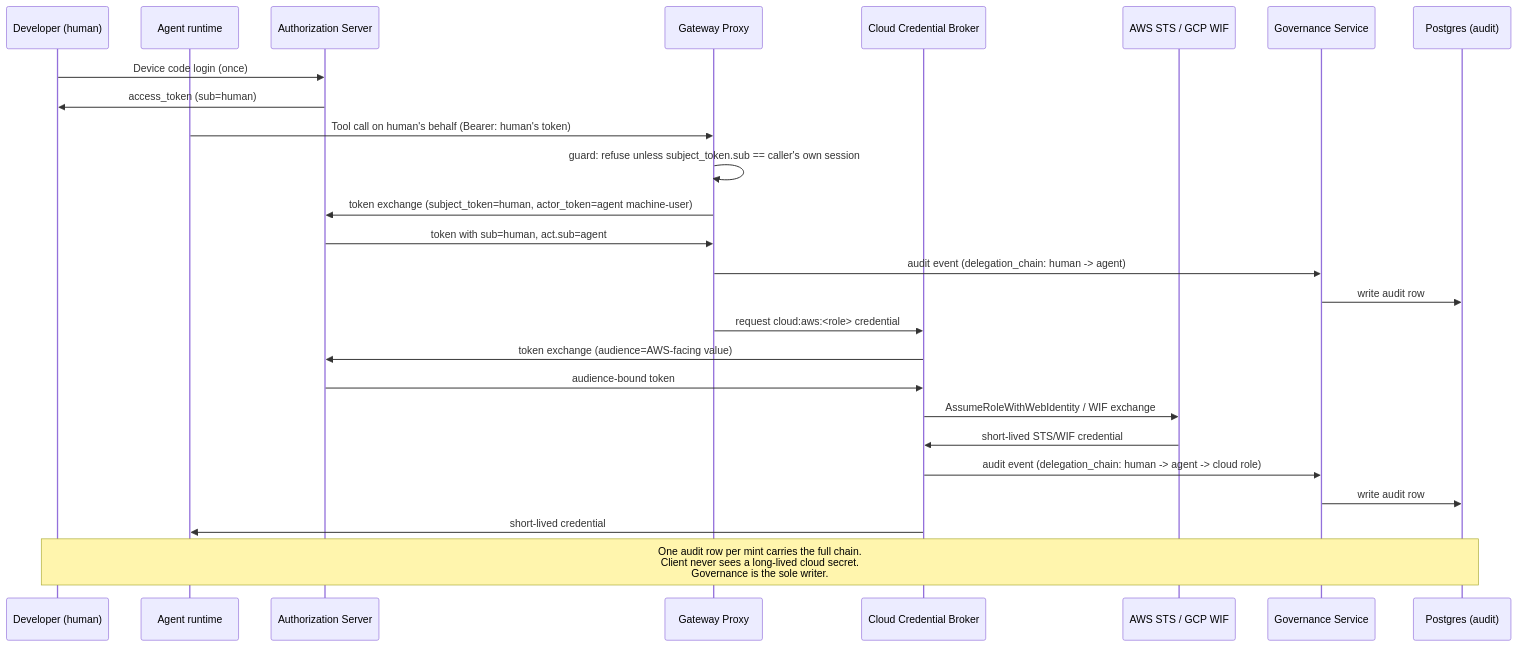
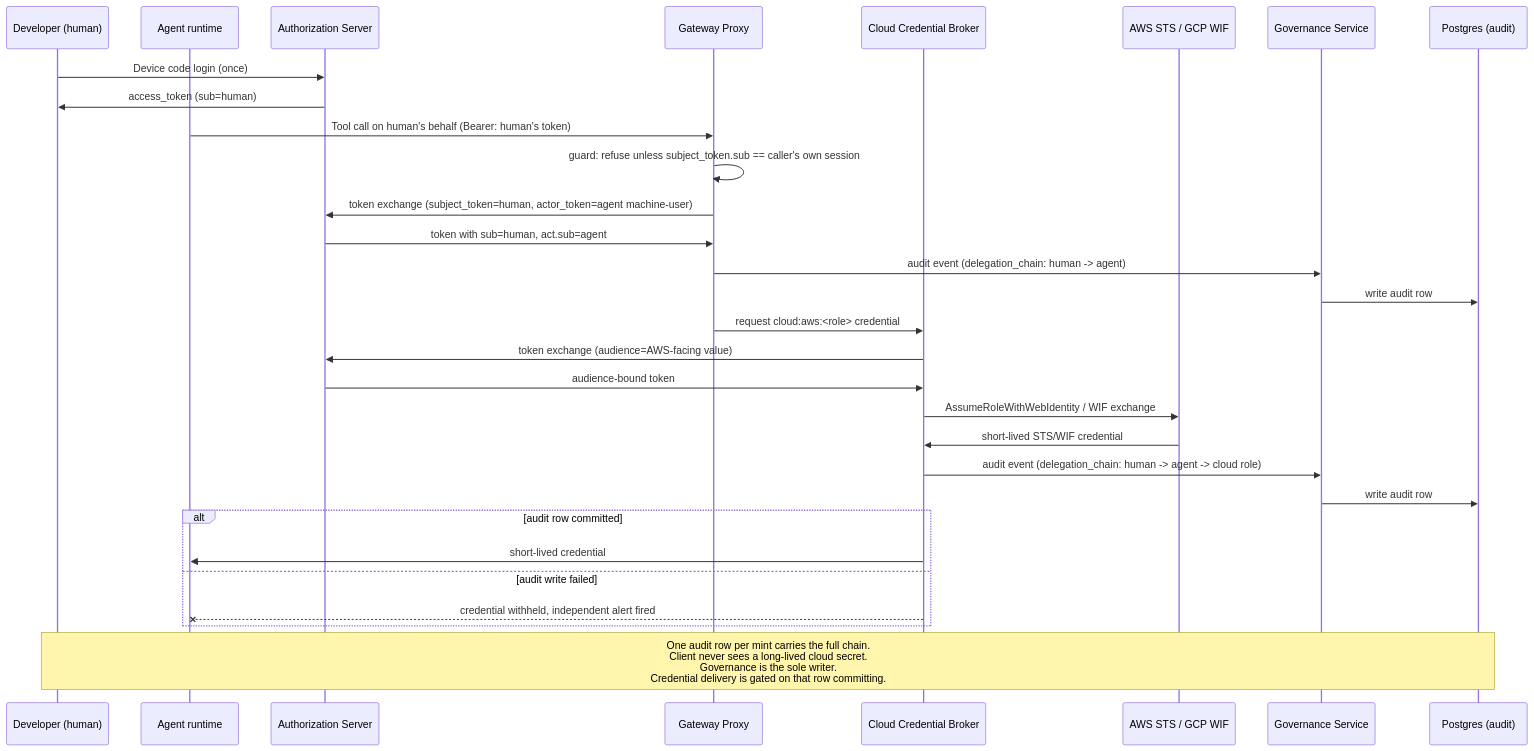
Before and after one commit to citadelgrad/llm-governance-gateway: the third of 3 diagrams in docs/auth-architecture.md, drawn with Mermaid. The commit also changed other lines of this file, not shown here.

Commit message:
docs: make audit-write failures independently alertable for high-stakes actions
Break-glass invocations and Cloud Credential Broker mints previously relied
solely on the fire-and-forget audit_log write for alerting, so a database
outage (plausibly the same one that triggered break-glass) could silently
drop the audit row, the alert, and leave a live unaudited cloud credential
outstanding.

- Cloud Credential Broker withholds the minted credential until the audit
  row commits; delegation sequence diagram shows this as an alt/else branch.
- Governance fires an independent in-process alert (reusing the existing
  /health degraded-status pattern) on audit-write failure for these two
  event types only.
- Doc states explicitly that this is a deliberate carve-out from the
  existing fire-and-forget default, which is retained for all other
  audit writes.

Fixes ai-gateway-7d8.7

````diff
--- a/docs/auth-architecture.md
+++ b/docs/auth-architecture.md
@@ -211,32 +215,36 @@
 ```mermaid
 sequenceDiagram
     participant Dev as Developer (human)
     participant Agent as Agent runtime
     participant AS as Authorization Server
     participant GW as Gateway Proxy
     participant CB as Cloud Credential Broker
     participant AWS as AWS STS / GCP WIF
     participant Gov as Governance Service
     participant DB as Postgres (audit)
 
     Dev->>AS: Device code login (once)
     AS->>Dev: access_token (sub=human)
 
     Agent->>GW: Tool call on human's behalf (Bearer: human's token)
     GW->>GW: guard: refuse unless subject_token.sub == caller's own session
     GW->>AS: token exchange (subject_token=human, actor_token=agent machine-user)
     AS->>GW: token with sub=human, act.sub=agent
     GW->>Gov: audit event (delegation_chain: human -> agent)
     Gov->>DB: write audit row
 
     GW->>CB: request cloud:aws:<role> credential
     CB->>AS: token exchange (audience=AWS-facing value)
     AS->>CB: audience-bound token
     CB->>AWS: AssumeRoleWithWebIdentity / WIF exchange
     AWS->>CB: short-lived STS/WIF credential
     CB->>Gov: audit event (delegation_chain: human -> agent -> cloud role)
     Gov->>DB: write audit row
-    CB->>Agent: short-lived credential
+    alt audit row committed
+        CB->>Agent: short-lived credential
+    else audit write failed
+        CB--xAgent: credential withheld, independent alert fired
+    end
 
-    Note over Dev,DB: One audit row per mint carries the full chain.<br/>Client never sees a long-lived cloud secret.<br/>Governance is the sole writer.
+    Note over Dev,DB: One audit row per mint carries the full chain.<br/>Client never sees a long-lived cloud secret.<br/>Governance is the sole writer.<br/>Credential delivery is gated on that row committing.
 ```
````
